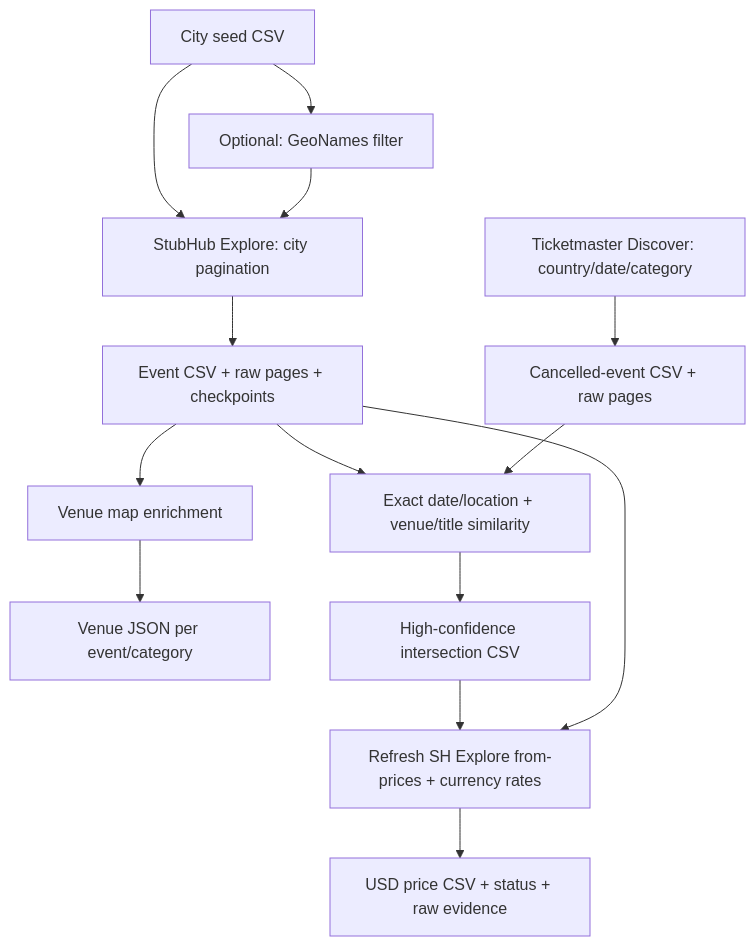
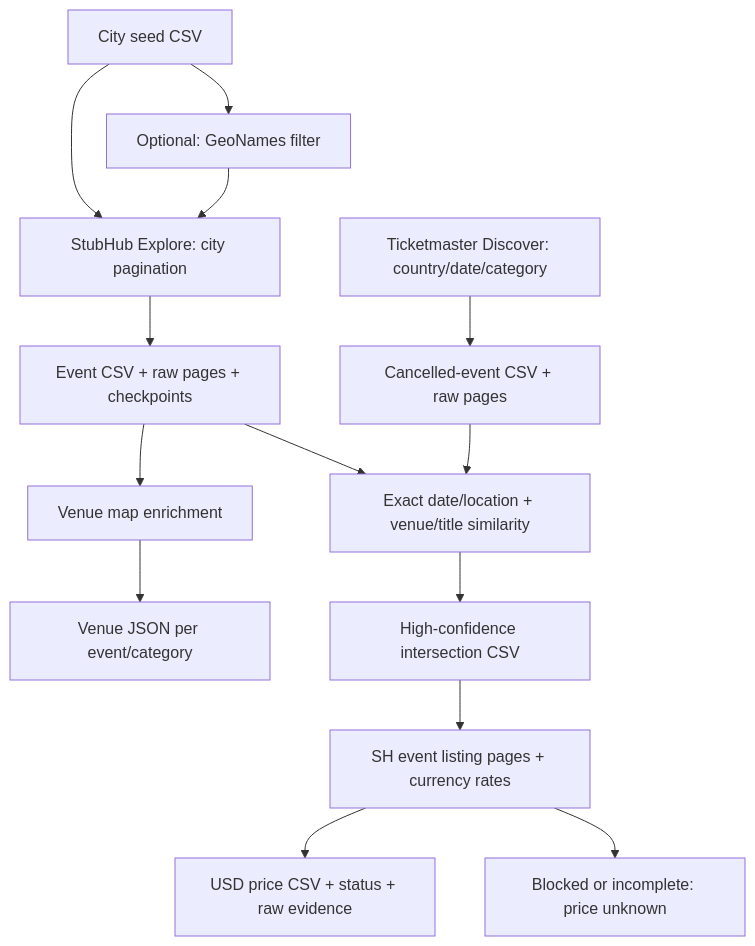
One commit to Siriussee/cancelled-event changed the diagram in README.md. Above: the diagram before and after it, drawn with Mermaid. The commit also changed other lines of this file and 14 other files, not shown here.

Commit message:
feat: add listing floor price adapter and cancellation workflow

````diff
--- a/README.md
+++ b/README.md
@@ -12,16 +12,16 @@
 ```mermaid
 flowchart TD
     Seeds["City seed CSV"] --> Filter["Optional: GeoNames filter"]
     Seeds --> StubHub["StubHub Explore: city pagination"]
     Filter --> StubHub
     StubHub --> Events["Event CSV + raw pages + checkpoints"]
     Events --> Venues["Venue map enrichment"]
     Venues --> Maps["Venue JSON per event/category"]
     Ticketmaster["Ticketmaster Discover: country/date/category"] --> Cancelled["Cancelled-event CSV + raw pages"]
     Events --> Match["Exact date/location + venue/title similarity"]
     Cancelled --> Match
     Match --> Overlap["High-confidence intersection CSV"]
-    Overlap --> Prices["Refresh SH Explore from-prices + currency rates"]
-    Events --> Prices
+    Overlap --> Prices["SH event listing pages + currency rates"]
     Prices --> Priced["USD price CSV + status + raw evidence"]
+    Prices --> Unknown["Blocked or incomplete: price unknown"]
 ```
````
